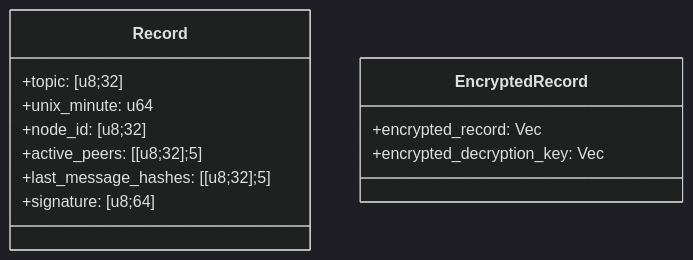
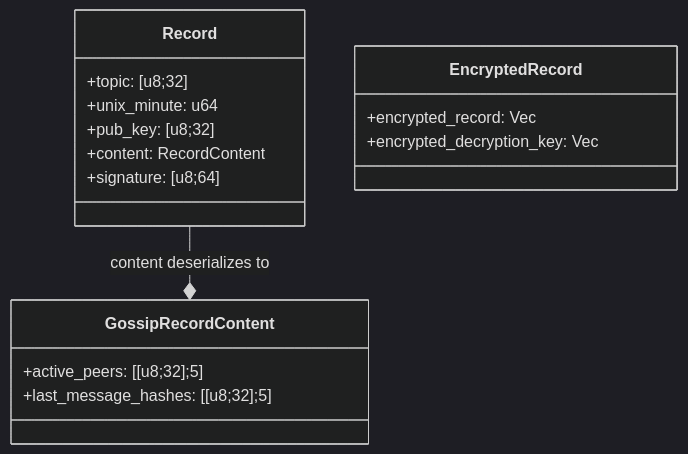
The sixth of 7 diagrams in ARCHITECTURE.md (rustonbsd/distributed-topic-tracker), drawn with Mermaid (dark theme) before and after one commit. The commit also changed other lines of this file and 20 other files, not shown here.

````diff
--- a/ARCHITECTURE.md
+++ b/ARCHITECTURE.md
@@ -204,16 +214,22 @@
 ```mermaid
 classDiagram
   class Record {
     +topic: [u8;32]
     +unix_minute: u64
-    +node_id: [u8;32]
+    +pub_key: [u8;32]
+    +content: RecordContent
+    +signature: [u8;64]
+  }
+
+  class GossipRecordContent {
     +active_peers: [[u8;32];5]
     +last_message_hashes: [[u8;32];5]
-    +signature: [u8;64]
   }
 
   class EncryptedRecord {
     +encrypted_record: Vec<u8>
     +encrypted_decryption_key: Vec<u8>
   }
+
+  Record --* GossipRecordContent : content deserializes to
 ```
````
